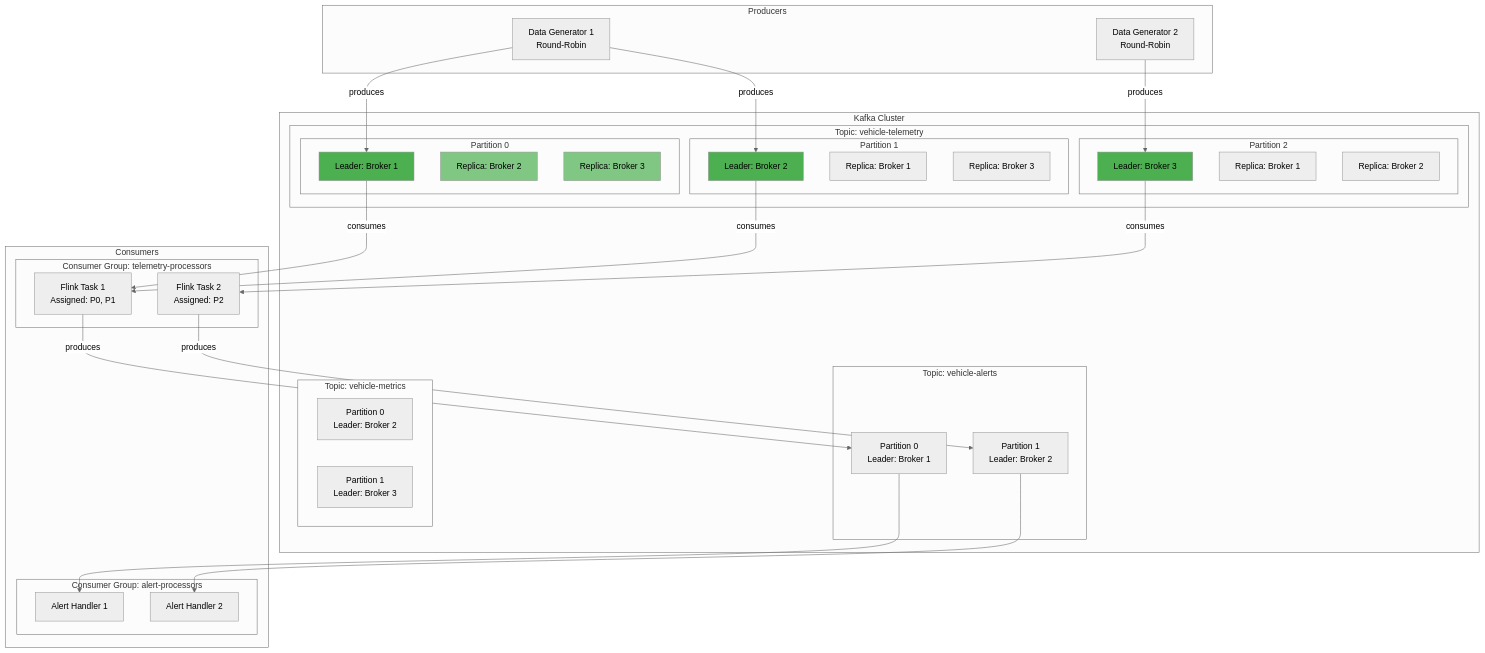
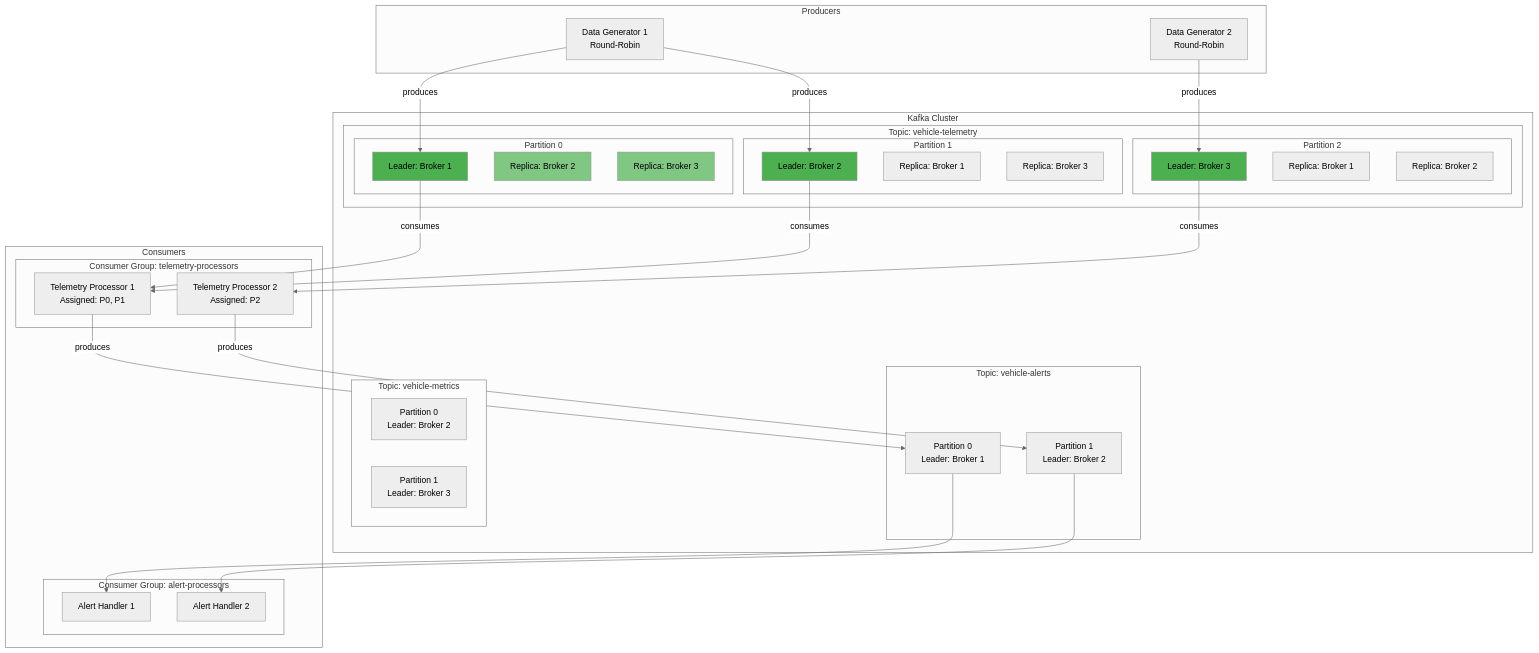
Diagram 12 of 18 in DIAGRAMS.md (Shallako/ShuzAHS), drawn with Mermaid (neutral theme) before and after one commit. The commit also changed other lines of this file and 3 other files, not shown here.

Commit message:
Migrate stream processing from Flink to Hazelcast Jet (embedded), update associated documentation, diagrams, and pipeline references, and remove outdated Flink-specific configurations and scripts.

````diff
--- a/DIAGRAMS.md
+++ b/DIAGRAMS.md
@@ -805,71 +798,71 @@
 ```mermaid
 graph TB
     subgraph "Kafka Cluster"
         subgraph "Topic: vehicle-telemetry"
             subgraph "Partition 0"
                 P0L[Leader: Broker 1]
                 P0R1[Replica: Broker 2]
                 P0R2[Replica: Broker 3]
             end
             
             subgraph "Partition 1"
                 P1L[Leader: Broker 2]
                 P1R1[Replica: Broker 1]
                 P1R2[Replica: Broker 3]
             end
             
             subgraph "Partition 2"
                 P2L[Leader: Broker 3]
                 P2R1[Replica: Broker 1]
                 P2R2[Replica: Broker 2]
             end
         end
         
         subgraph "Topic: vehicle-alerts"
             AP0[Partition 0<br/>Leader: Broker 1]
             AP1[Partition 1<br/>Leader: Broker 2]
         end
         
         subgraph "Topic: vehicle-metrics"
             MP0[Partition 0<br/>Leader: Broker 2]
             MP1[Partition 1<br/>Leader: Broker 3]
         end
     end
     
     subgraph "Producers"
         DG1[Data Generator 1<br/>Round-Robin]
         DG2[Data Generator 2<br/>Round-Robin]
     end
     
     subgraph "Consumers"
         subgraph "Consumer Group: telemetry-processors"
-            C1[Flink Task 1<br/>Assigned: P0, P1]
-            C2[Flink Task 2<br/>Assigned: P2]
+            C1[Telemetry Processor 1<br/>Assigned: P0, P1]
+            C2[Telemetry Processor 2<br/>Assigned: P2]
         end
         
         subgraph "Consumer Group: alert-processors"
             AC1[Alert Handler 1]
             AC2[Alert Handler 2]
         end
     end
     
     DG1 -->|produces| P0L
     DG1 -->|produces| P1L
     DG2 -->|produces| P2L
     
     P0L -->|consumes| C1
     P1L -->|consumes| C1
     P2L -->|consumes| C2
     
     C1 -->|produces| AP0
     C2 -->|produces| AP1
     
     AP0 --> AC1
     AP1 --> AC2
     
     style P0L fill:#4caf50
     style P1L fill:#4caf50
     style P2L fill:#4caf50
     style P0R1 fill:#81c784
     style P0R2 fill:#81c784
 ```
````
